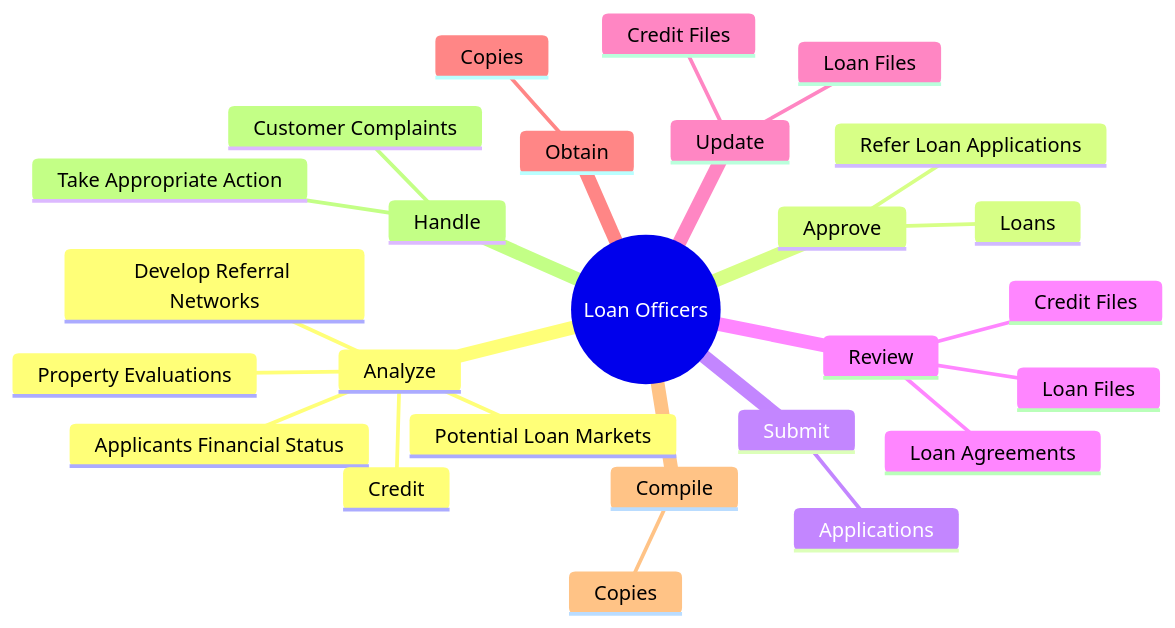
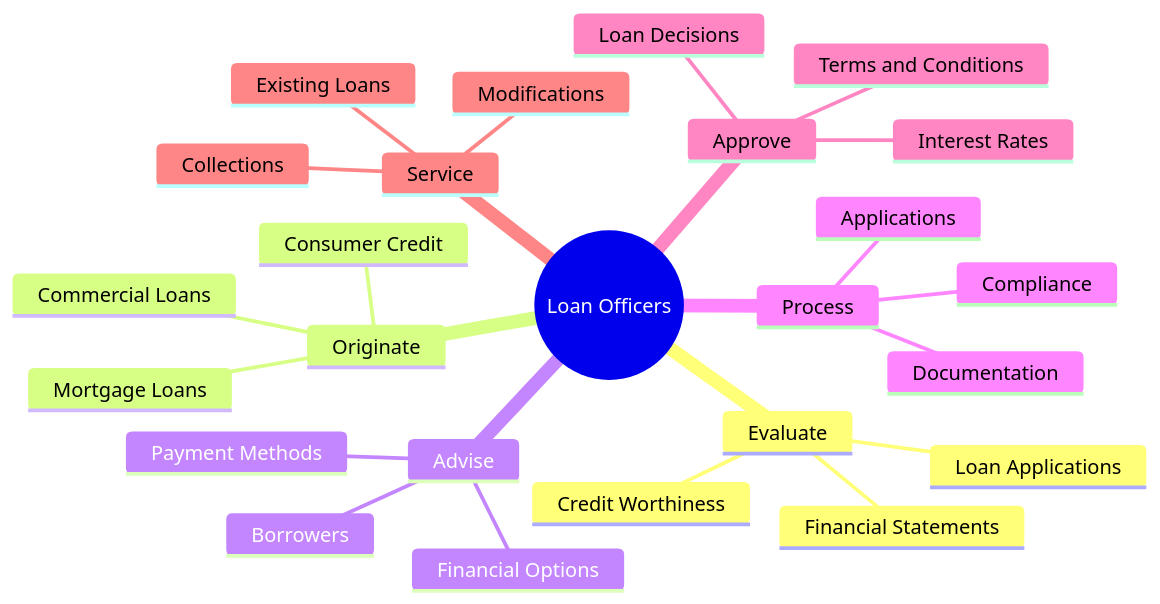
One commit to kziemski/business.org.ai changed the second of 4 diagrams in occupations/Business/LoanOfficers.mdx. Above: the diagram before and after it, drawn with Mermaid. The commit also changed other lines of this file and 938 other files, not shown here.

````diff
--- a/occupations/Business/LoanOfficers.mdx
+++ b/occupations/Business/LoanOfficers.mdx
@@ -37,29 +48,28 @@
 ```mermaid
 mindmap
     root(("Loan Officers"))
-        Analyze
-            Applicants Financial Status
-            Credit
-            Property Evaluations
-            Potential Loan Markets
-            Develop Referral Networks
+        Evaluate
+            Loan Applications
+            Credit Worthiness
+            Financial Statements
+        Originate
+            Mortgage Loans
+            Commercial Loans
+            Consumer Credit
+        Advise
+            Borrowers
+            Financial Options
+            Payment Methods
+        Process
+            Applications
+            Documentation
+            Compliance
         Approve
-            Loans
-            Refer Loan Applications
-        Submit
-            Applications
-        Review
-            Loan Agreements
-            Credit Files
-            Loan Files
-        Update
-            Credit Files
-            Loan Files
-        Obtain
-            Copies
-        Compile
-            Copies
-        Handle
-            Customer Complaints
-            Take Appropriate Action
+            Loan Decisions
+            Terms and Conditions
+            Interest Rates
+        Service
+            Existing Loans
+            Collections
+            Modifications
 ```
````
